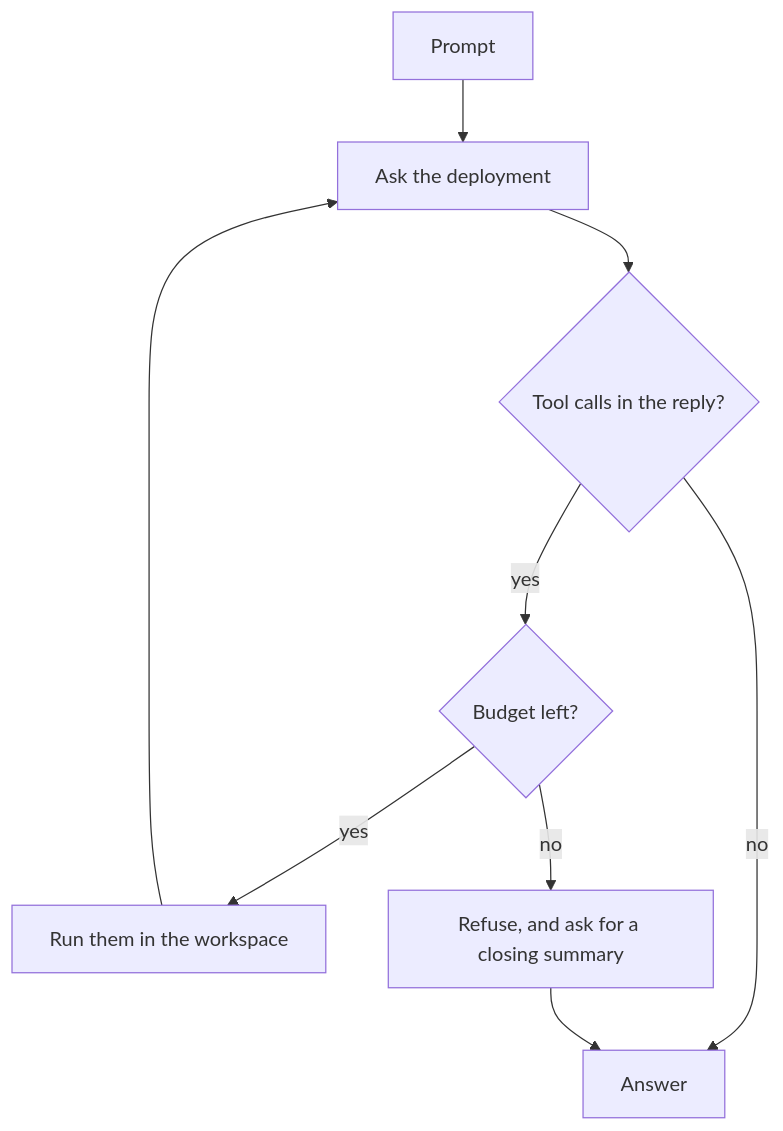
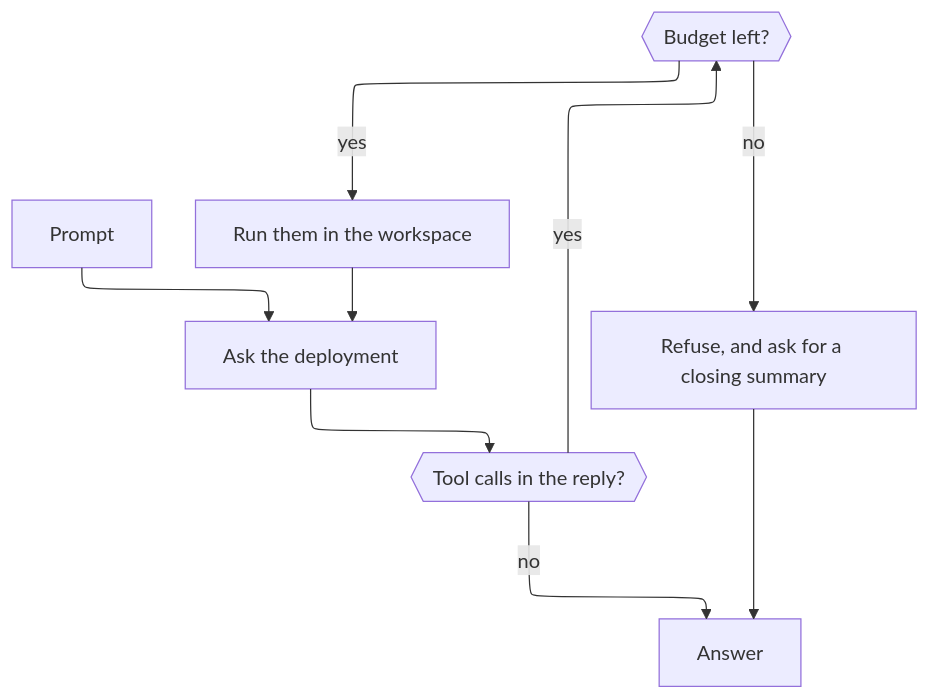
One commit to nogginly/cogiteer changed the first of 2 diagrams in README.md. Above: the diagram before and after it, drawn with Mermaid. The commit also changed other lines of this file and 1 other file, not shown here.

Commit message:
Catalogue every config key once, in the README, and keep DESIGN to the arguments

````diff
--- a/README.md
+++ b/README.md
@@ -98,11 +98,15 @@
 ```mermaid
+---
+config:
+  layout: elk
+---
 flowchart TD
     P[Prompt] --> R[Ask the deployment]
-    R --> C{Tool calls in the reply?}
+    R --> C{{Tool calls in the reply?}}
     C -- no --> A[Answer]
-    C -- yes --> B{Budget left?}
+    C -- yes --> B{{Budget left?}}
     B -- yes --> X[Run them in the workspace]
     X --> R
     B -- no --> F[Refuse, and ask for a closing summary]
     F --> A
 ```
````
